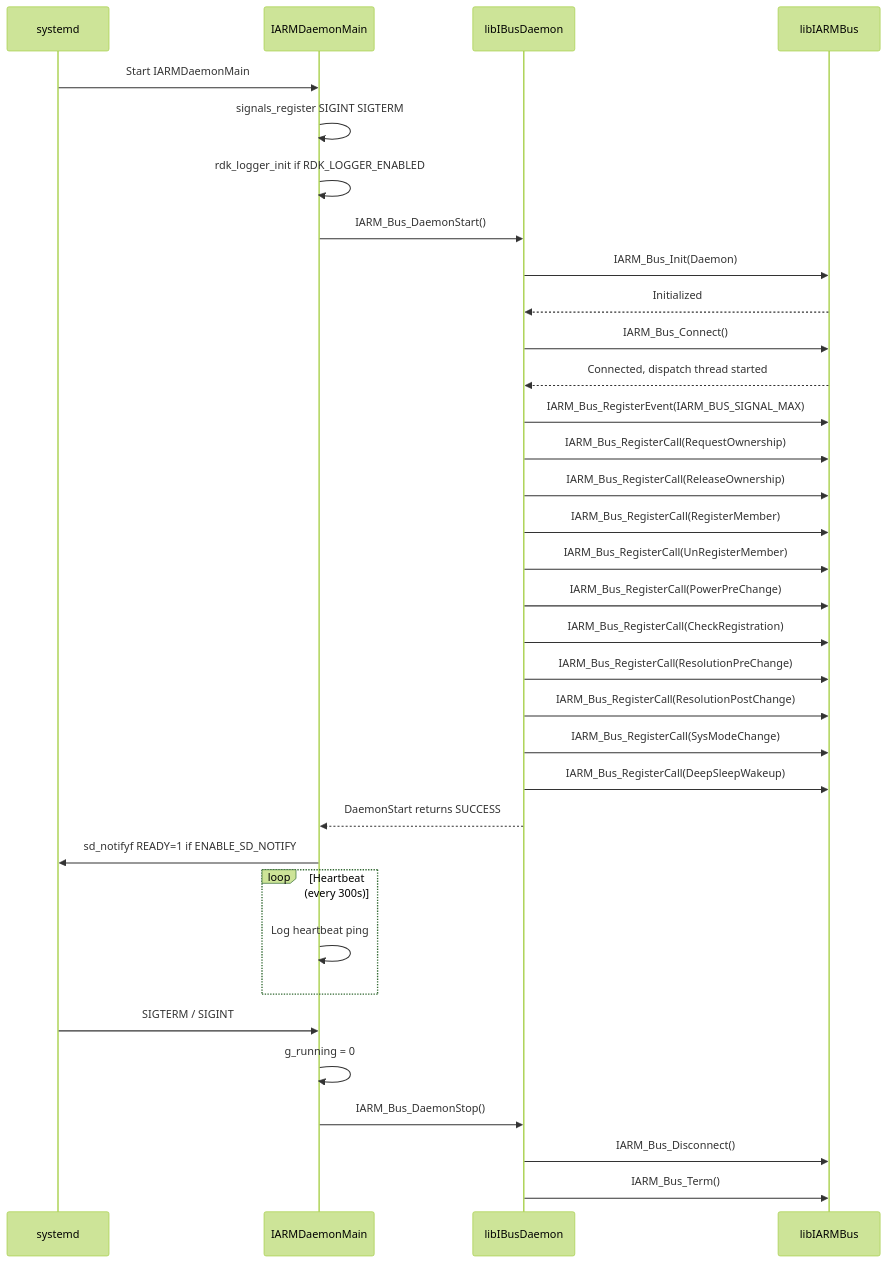
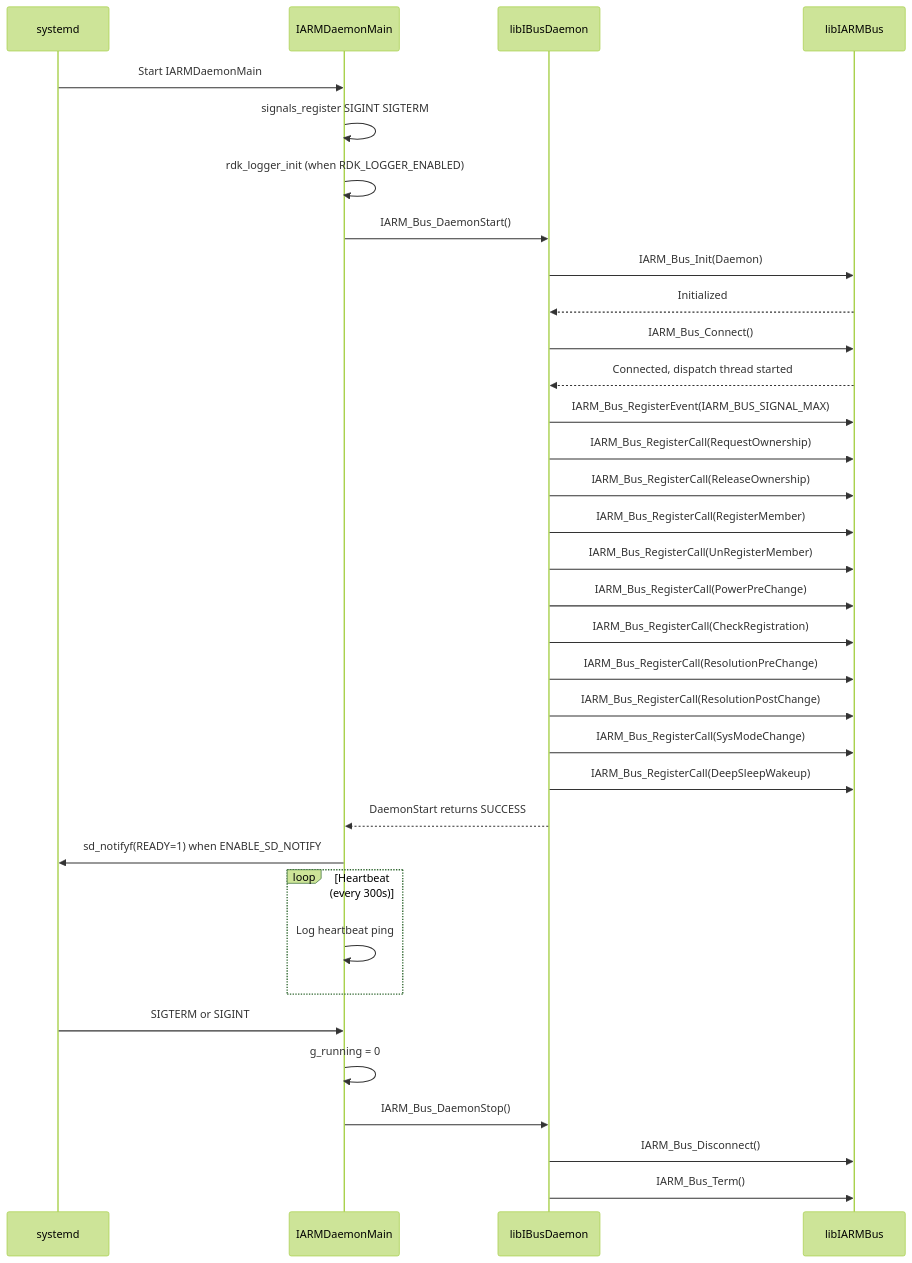
Before and after one commit to rns21/RDK_Documentation: the third of 8 diagrams in docs/docu/RDKV-Documentations/iarmbus.md, drawn with Mermaid (forest theme). The commit also changed other lines of this file, not shown here.

````diff
--- a/docs/docu/RDKV-Documentations/iarmbus.md
+++ b/docs/docu/RDKV-Documentations/iarmbus.md
@@ -128,39 +128,39 @@
 ```mermaid
 sequenceDiagram
     participant System as systemd
     participant Main as IARMDaemonMain
     participant DaemonLib as libIBusDaemon
     participant Bus as libIARMBus
 
     System->>Main: Start IARMDaemonMain
     Main->>Main: signals_register SIGINT SIGTERM
-    Main->>Main: rdk_logger_init if RDK_LOGGER_ENABLED
+    Main->>Main: rdk_logger_init (when RDK_LOGGER_ENABLED)
     Main->>DaemonLib: IARM_Bus_DaemonStart()
     DaemonLib->>Bus: IARM_Bus_Init(Daemon)
     Bus-->>DaemonLib: Initialized
     DaemonLib->>Bus: IARM_Bus_Connect()
     Bus-->>DaemonLib: Connected, dispatch thread started
     DaemonLib->>Bus: IARM_Bus_RegisterEvent(IARM_BUS_SIGNAL_MAX)
     DaemonLib->>Bus: IARM_Bus_RegisterCall(RequestOwnership)
     DaemonLib->>Bus: IARM_Bus_RegisterCall(ReleaseOwnership)
     DaemonLib->>Bus: IARM_Bus_RegisterCall(RegisterMember)
     DaemonLib->>Bus: IARM_Bus_RegisterCall(UnRegisterMember)
     DaemonLib->>Bus: IARM_Bus_RegisterCall(PowerPreChange)
     DaemonLib->>Bus: IARM_Bus_RegisterCall(CheckRegistration)
     DaemonLib->>Bus: IARM_Bus_RegisterCall(ResolutionPreChange)
     DaemonLib->>Bus: IARM_Bus_RegisterCall(ResolutionPostChange)
     DaemonLib->>Bus: IARM_Bus_RegisterCall(SysModeChange)
     DaemonLib->>Bus: IARM_Bus_RegisterCall(DeepSleepWakeup)
     DaemonLib-->>Main: DaemonStart returns SUCCESS
-    Main->>System: sd_notifyf READY=1 if ENABLE_SD_NOTIFY
+    Main->>System: sd_notifyf(READY=1) when ENABLE_SD_NOTIFY
 
     loop Heartbeat (every 300s)
         Main->>Main: Log heartbeat ping
     end
 
-    System->>Main: SIGTERM / SIGINT
+    System->>Main: SIGTERM or SIGINT
     Main->>Main: g_running = 0
     Main->>DaemonLib: IARM_Bus_DaemonStop()
     DaemonLib->>Bus: IARM_Bus_Disconnect()
     DaemonLib->>Bus: IARM_Bus_Term()
 ```
````
